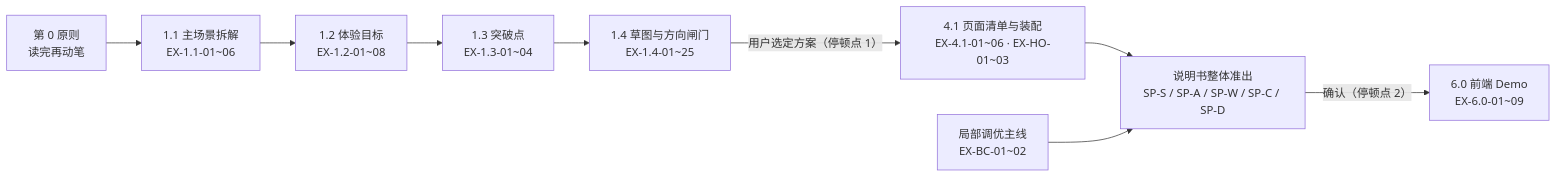
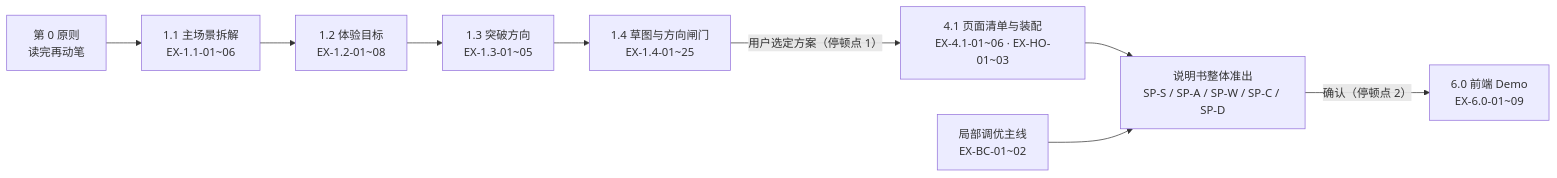
One commit to wangjue2026/skill-designer-prism changed the diagram in 04-workflows-and-cases/准出门禁总表.md. Above: the diagram before and after it, drawn with Mermaid. The commit also changed other lines of this file and 29 other files, not shown here.

Commit message:
重构 1.4 草图为四层剧本结构并新增可视化门禁

````diff
--- a/04-workflows-and-cases/准出门禁总表.md
+++ b/04-workflows-and-cases/准出门禁总表.md
@@ -19,11 +19,11 @@
 ```mermaid
 graph LR
   R["第 0 原则<br/>读完再动笔"] --> A1["1.1 主场景拆解<br/>EX-1.1-01~06"]
   A1 --> A2["1.2 体验目标<br/>EX-1.2-01~08"]
-  A2 --> A3["1.3 突破点<br/>EX-1.3-01~04"]
+  A2 --> A3["1.3 突破方向<br/>EX-1.3-01~05"]
   A3 --> A4["1.4 草图与方向闸门<br/>EX-1.4-01~25"]
   A4 -->|"用户选定方案（停顿点 1）"| A41["4.1 页面清单与装配<br/>EX-4.1-01~06 · EX-HO-01~03"]
   A41 --> SP["说明书整体准出<br/>SP-S / SP-A / SP-W / SP-C / SP-D"]
   SP -->|"确认（停顿点 2）"| C["6.0 前端 Demo<br/>EX-6.0-01~09"]
   T["局部调优主线<br/>EX-BC-01~02"] --> SP
 ```
````
